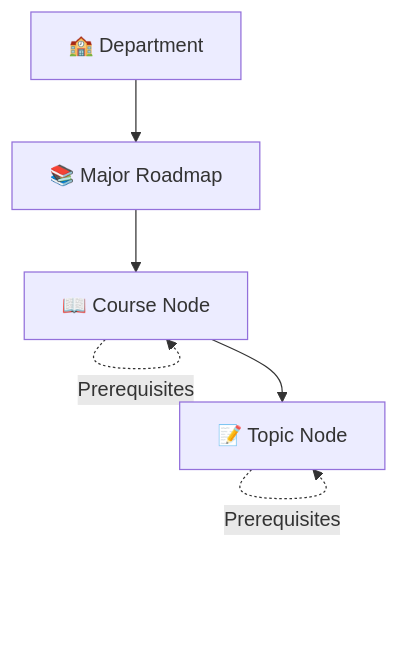
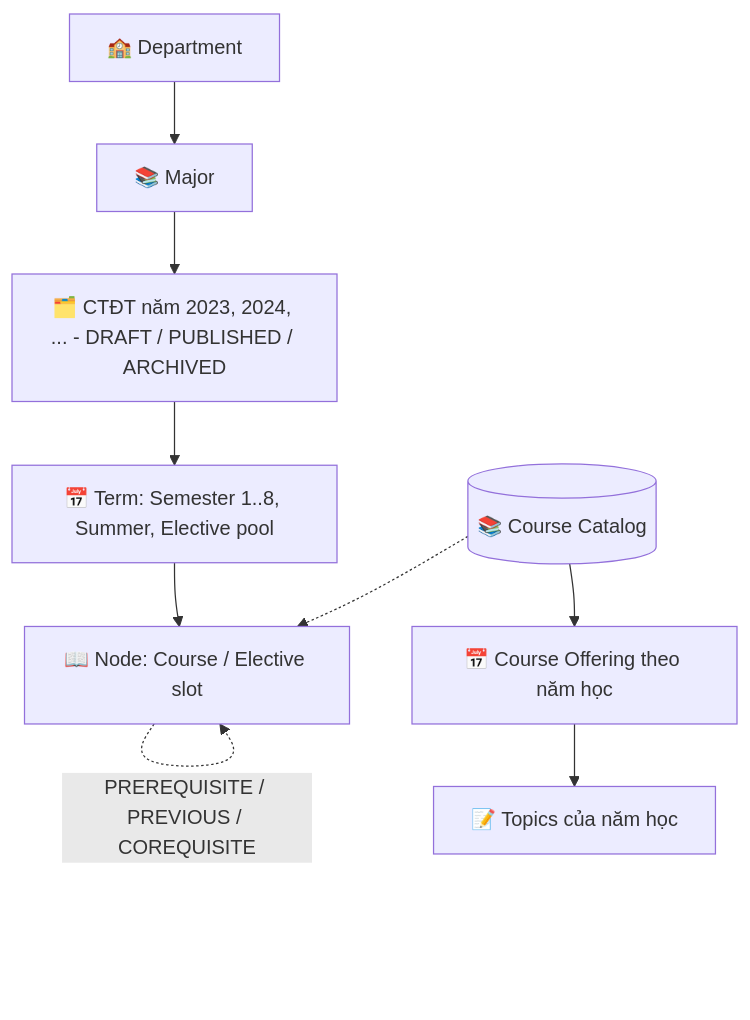
Before and after one commit to TanjiKhanh/IUROADMAP: the first of 2 diagrams in iuroadmap.docs/business-flow/02-roadmap-management.md, drawn with Mermaid. The commit also changed other lines of this file and 513 other files, not shown here.

````diff
--- a/iuroadmap.docs/business-flow/02-roadmap-management.md
+++ b/iuroadmap.docs/business-flow/02-roadmap-management.md
@@ -32,8 +44,11 @@
 ```mermaid
 flowchart TD
-    DEPT[🏫 Department] --> MAJOR[📚 Major Roadmap]
-    MAJOR --> COURSE[📖 Course Node]
-    COURSE --> TOPIC[📝 Topic Node]
-    COURSE -.->|Prerequisites| COURSE
-    TOPIC -.->|Prerequisites| TOPIC
+    DEPT[🏫 Department] --> MAJOR[📚 Major]
+    MAJOR --> VER[🗂️ CTĐT năm 2023, 2024, ... - DRAFT / PUBLISHED / ARCHIVED]
+    VER --> TERM[📅 Term: Semester 1..8, Summer, Elective pool]
+    TERM --> NODE[📖 Node: Course / Elective slot]
+    CAT[(📚 Course Catalog)] -.-> NODE
+    CAT --> OFF[📅 Course Offering theo năm học]
+    OFF --> TOPIC[📝 Topics của năm học]
+    NODE -.->|PREREQUISITE / PREVIOUS / COREQUISITE| NODE
 ```
````
